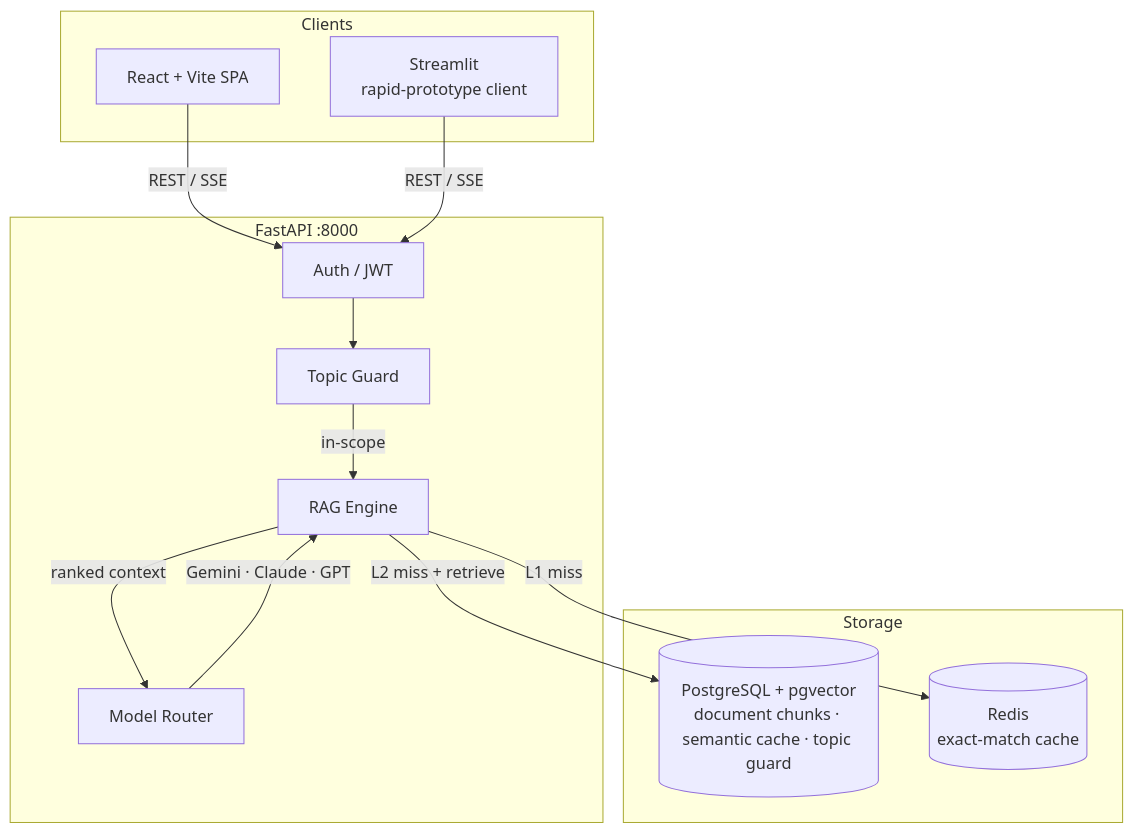
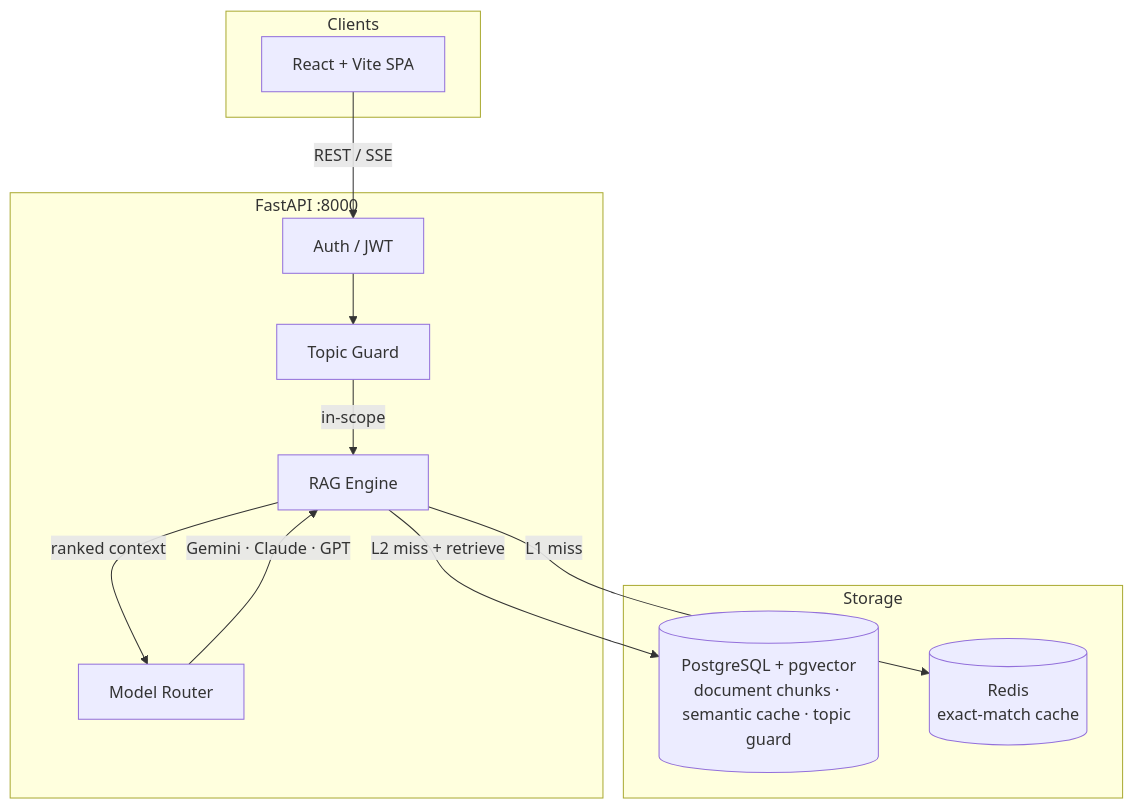
The diagram in README.md (meraiky/Chatbot_Enterprise-AI), drawn with Mermaid before and after one commit. The commit also changed other lines of this file and 61 other files, not shown here.

````diff
--- a/README.md
+++ b/README.md
@@ -57,26 +55,25 @@
 ```mermaid
 graph TD
     subgraph Clients
         A[React + Vite SPA]
-        B[Streamlit\nrapid-prototype client]
     end
 
     subgraph Backend [FastAPI :8000]
         C[Auth / JWT]
         D[Topic Guard]
         E[RAG Engine]
         F[Model Router]
     end
 
     subgraph Storage
         H[(PostgreSQL + pgvector\ndocument chunks · semantic cache · topic guard)]
         J[(Redis\nexact-match cache)]
     end
 
-    A & B -->|REST / SSE| C --> D
+    A -->|REST / SSE| C --> D
     D -->|in-scope| E
     E -->|L1 miss| J
     E -->|L2 miss + retrieve| H
     E -->|ranked context| F
     F -->|Gemini · Claude · GPT| E
 ```
````
